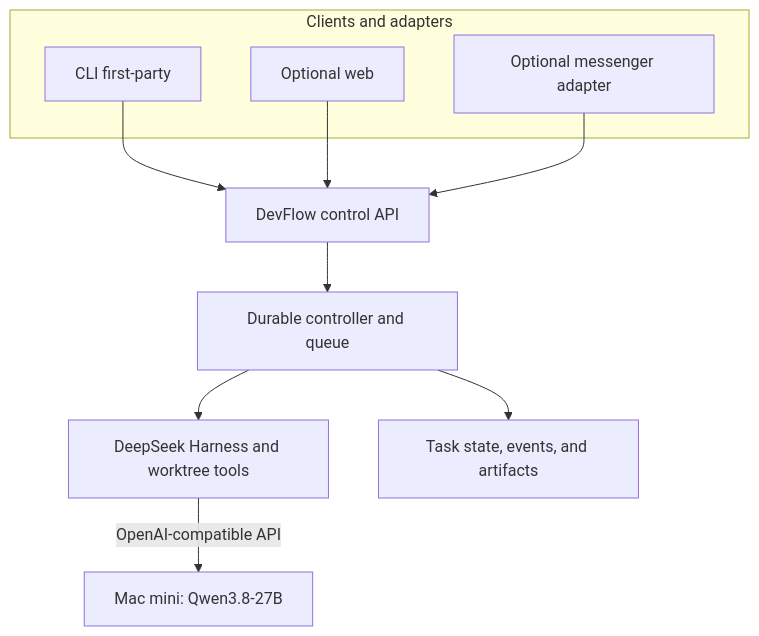
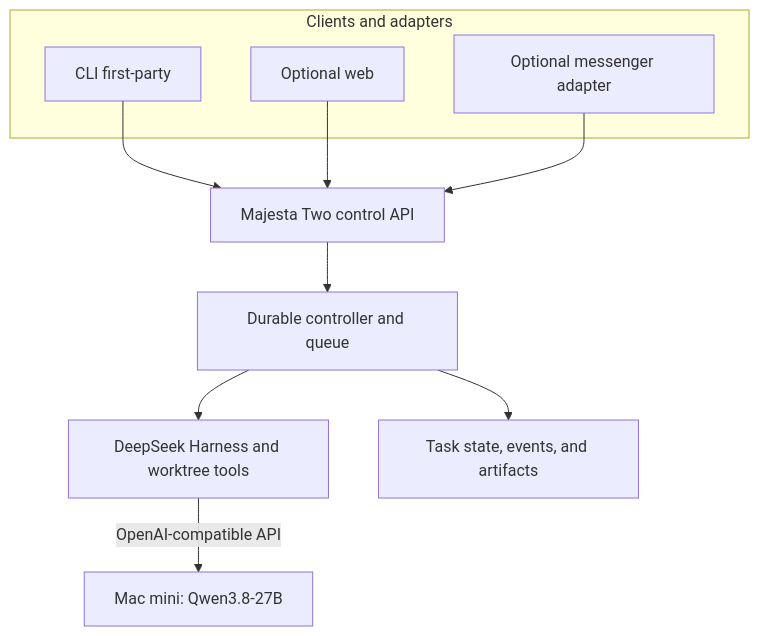
One commit to MajestaNet/two changed the first of 2 diagrams in docs/architecture.md. Above: the diagram before and after it, drawn with Mermaid. The commit also changed other lines of this file and 82 other files, not shown here.

First line of the commit message:
chore: name the public project Majesta Two

````diff
--- a/docs/architecture.md
+++ b/docs/architecture.md
@@ -93,15 +94,15 @@
 ```mermaid
 flowchart TB
     subgraph Channels["Clients and adapters"]
         CLI["CLI first-party"]
         WEB["Optional web"]
         MSG["Optional messenger adapter"]
     end
-    CLI --> API["DevFlow control API"]
+    CLI --> API["Majesta Two control API"]
     WEB --> API
     MSG --> API
     API --> C["Durable controller and queue"]
     C --> H["DeepSeek Harness and worktree tools"]
     C --> S["Task state, events, and artifacts"]
     H -->|"OpenAI-compatible API"| M["Mac mini: Qwen3.8-27B"]
 ```
````
